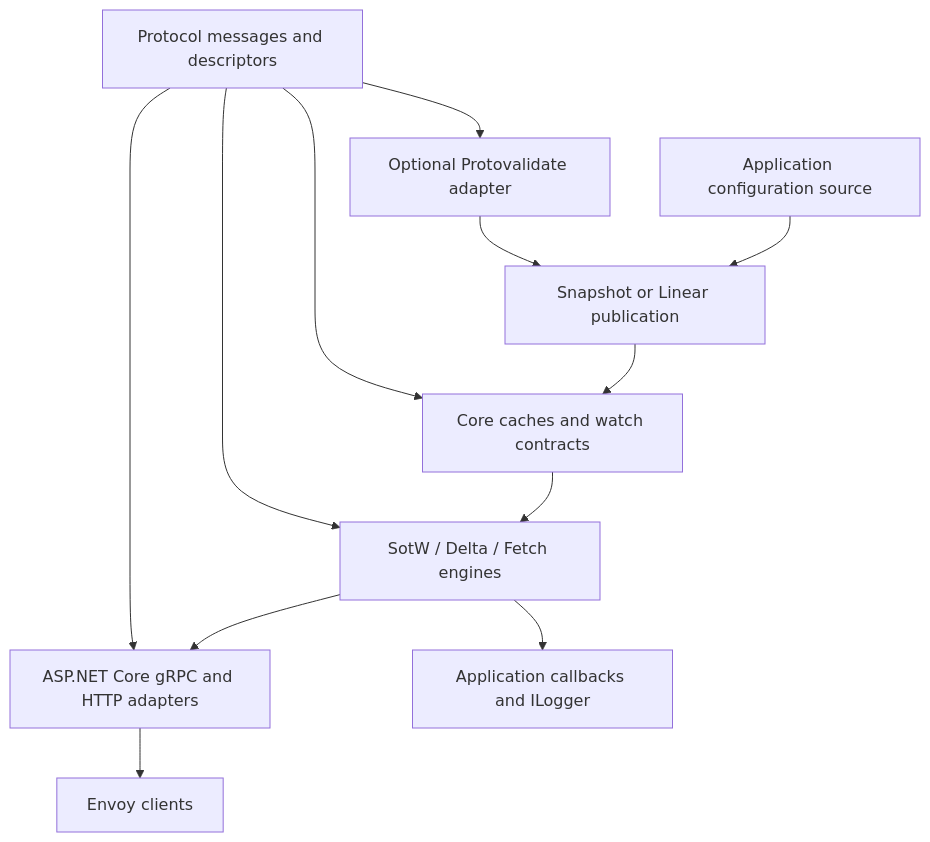
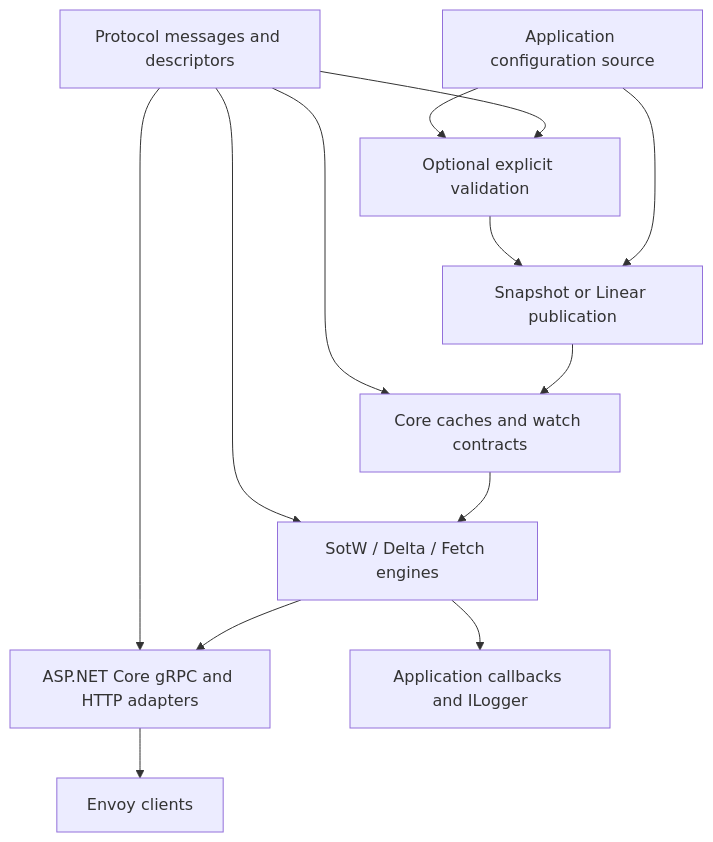
One commit to knightfall/envoy-dotnet-control-plane changed the first of 2 diagrams in docs/architecture/ARCHITECTURE.md. Above: the diagram before and after it, drawn with Mermaid. The commit also changed other lines of this file and 16 other files, not shown here.

First line of the commit message:
docs: align parity scope and optional validation plan

````diff
--- a/docs/architecture/ARCHITECTURE.md
+++ b/docs/architecture/ARCHITECTURE.md
@@ -25,14 +28,15 @@
 ```mermaid
 flowchart TD
     A[Application configuration source] --> B[Snapshot or Linear publication]
-    V[Optional Protovalidate adapter] --> B
     B --> C[Core caches and watch contracts]
     C --> D[SotW / Delta / Fetch engines]
     D --> E[ASP.NET Core gRPC and HTTP adapters]
     E --> F[Envoy clients]
     P[Protocol messages and descriptors] --> C
     P --> D
     P --> E
-    P --> V
+    P --> V[Optional explicit validation]
+    A --> V
+    V --> B
     D --> H[Application callbacks and ILogger]
 ```
````
